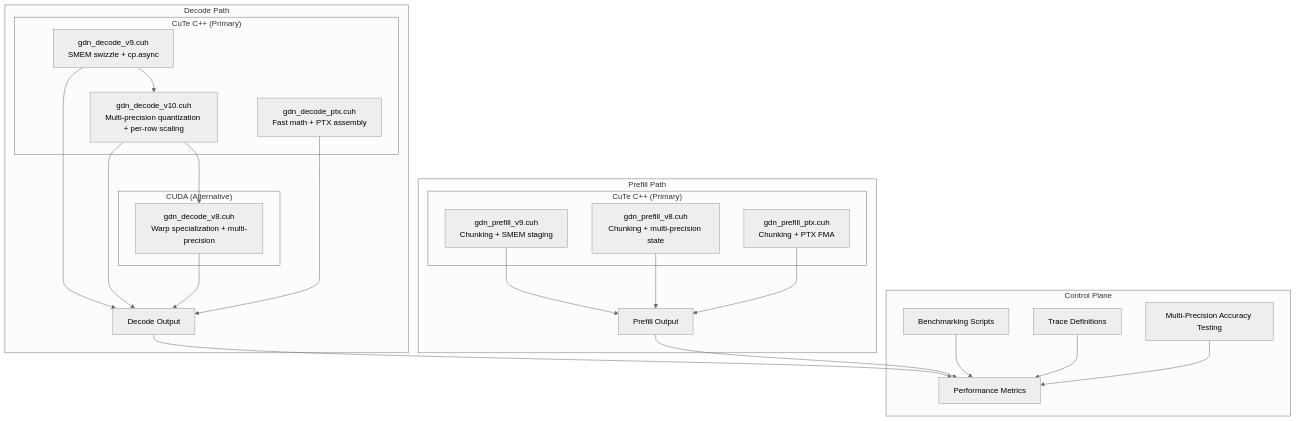
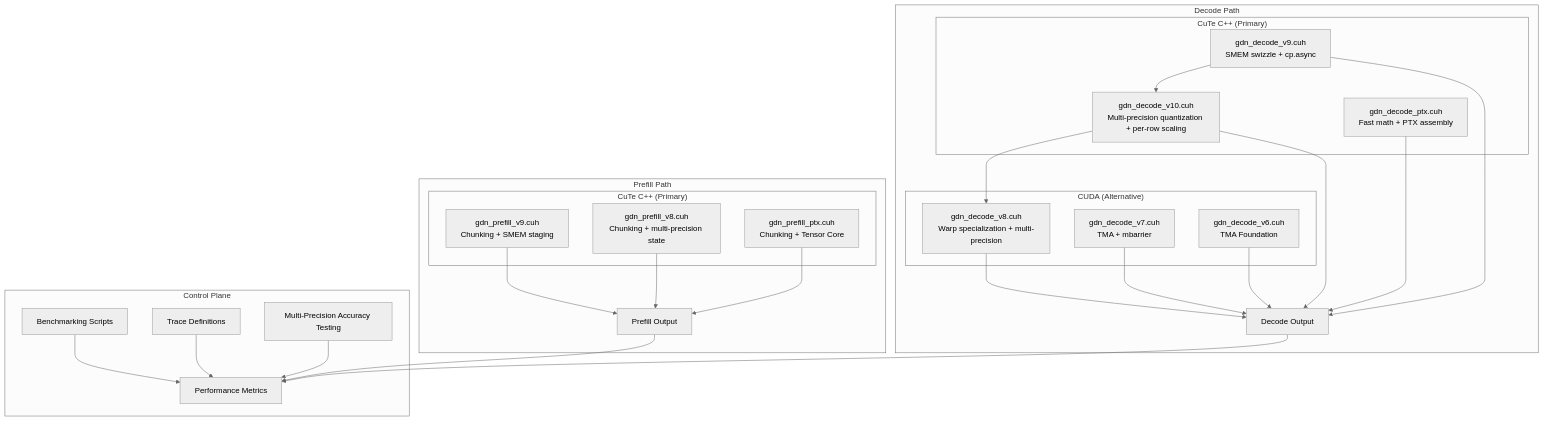
The second of 9 diagrams in .qoder/repowiki/en/content/Optimization Strategies/Optimization Tracking Log.md (gugudeshubao/flashinfer-bench-tma-thrust), drawn with Mermaid (neutral theme) before and after one commit. The commit also changed other lines of this file and 4 other files, not shown here.

````diff
--- a/.qoder/repowiki/en/content/Optimization Strategies/Optimization Tracking Log.md
+++ b/.qoder/repowiki/en/content/Optimization Strategies/Optimization Tracking Log.md
@@ -163,39 +180,43 @@
 ```mermaid
 graph TB
 subgraph "Decode Path"
 subgraph "CuTe C++ (Primary)"
 D9["gdn_decode_v9.cuh<br/>SMEM swizzle + cp.async"]
 D10["gdn_decode_v10.cuh<br/>Multi-precision quantization + per-row scaling"]
 P9["gdn_decode_ptx.cuh<br/>Fast math + PTX assembly"]
 end
 subgraph "CUDA (Alternative)"
 D8["gdn_decode_v8.cuh<br/>Warp specialization + multi-precision"]
+D7["gdn_decode_v7.cuh<br/>TMA + mbarrier"]
+D6["gdn_decode_v6.cuh<br/>TMA Foundation"]
 end
 D9 --> D10 --> D8
 D9 --> D9_OUT["Decode Output"]
 D10 --> D9_OUT
 D8 --> D9_OUT
 P9 --> D9_OUT
+D7 --> D9_OUT
+D6 --> D9_OUT
 end
 subgraph "Prefill Path"
 subgraph "CuTe C++ (Primary)"
 P9V["gdn_prefill_v9.cuh<br/>Chunking + SMEM staging"]
 P8V["gdn_prefill_v8.cuh<br/>Chunking + multi-precision state"]
-P9PV["gdn_prefill_ptx.cuh<br/>Chunking + PTX FMA"]
+P9PV["gdn_prefill_ptx.cuh<br/>Chunking + Tensor Core"]
 end
 P9V --> P9V_OUT["Prefill Output"]
 P8V --> P9V_OUT
 P9PV --> P9V_OUT
 end
 subgraph "Control Plane"
 BENCH["Benchmarking Scripts"]
 TRACE["Trace Definitions"]
 PERF["Performance Metrics"]
 TEST["Multi-Precision Accuracy Testing"]
 end
 D9_OUT --> PERF
 P9V_OUT --> PERF
 BENCH --> PERF
 TRACE --> PERF
 TEST --> PERF
 ```
````
